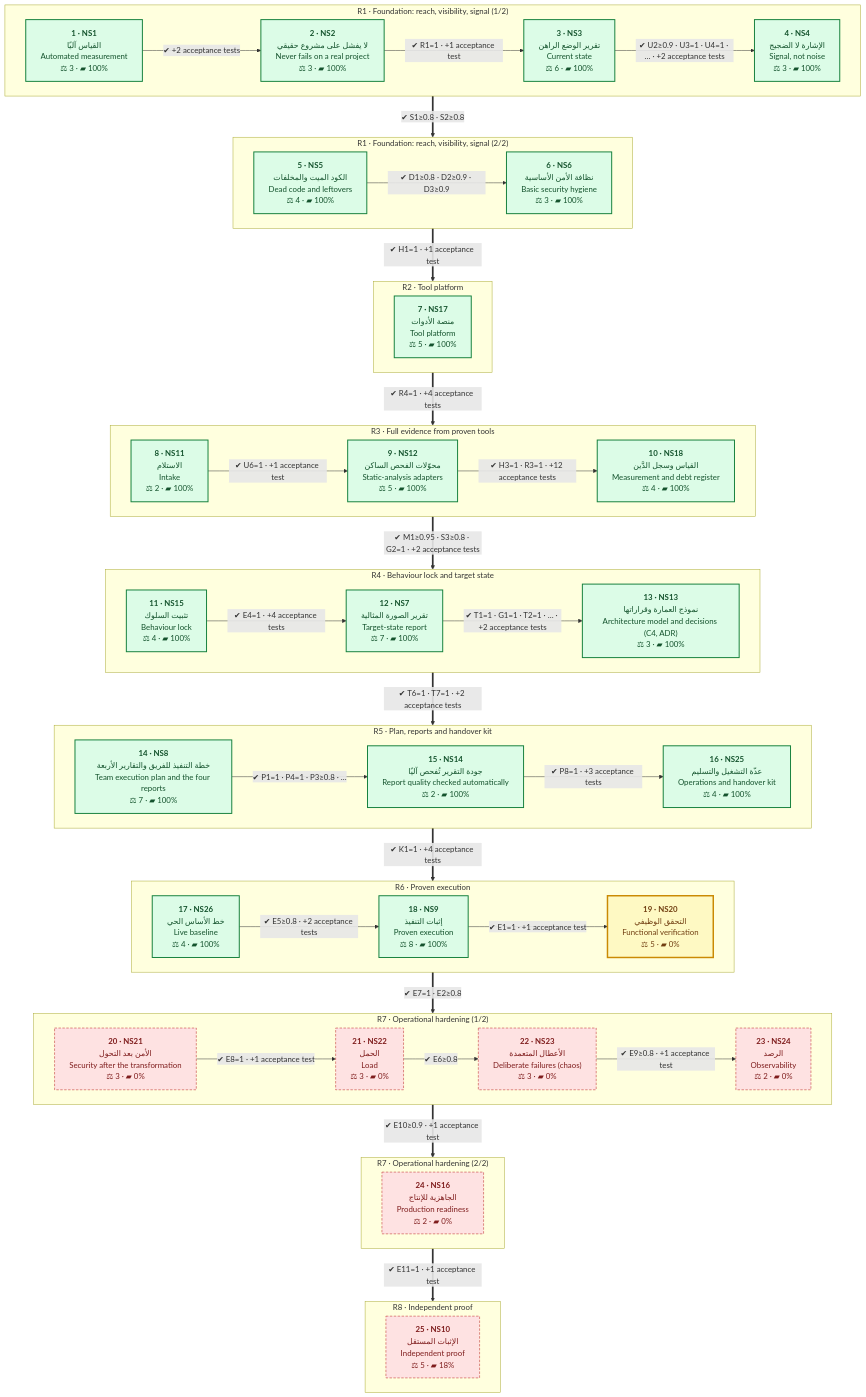
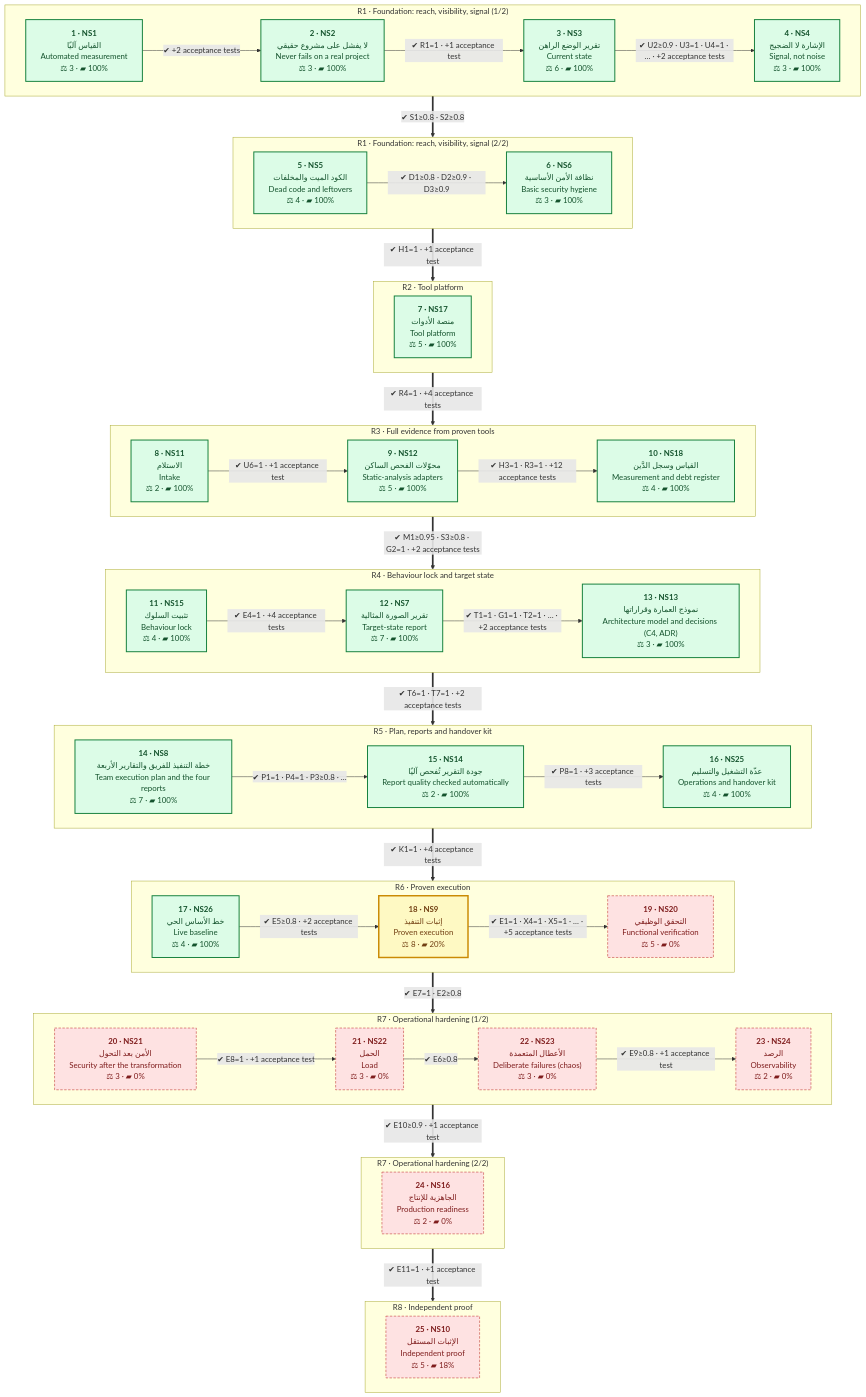
Before and after one commit to eom1417/engineering-audit-os: the second of 2 diagrams in README.en.md, drawn with Mermaid. The commit also changed other lines of this file and 4 other files, not shown here.

```diff
--- a/README.en.md
+++ b/README.en.md
@@ -264,10 +264,10 @@
     subgraph R6_1["R6 · Proven execution"]
         direction LR
         NS26["<b>17 · NS26</b><br/>خط الأساس الحي<br/>Live baseline<br/>⚖ 4 · ▰ 100%"]:::done
-        NS9["<b>18 · NS9</b><br/>إثبات التنفيذ<br/>Proven execution<br/>⚖ 8 · ▰ 100%"]:::done
-        NS20["<b>19 · NS20</b><br/>التحقق الوظيفي<br/>Functional verification<br/>⚖ 5 · ▰ 0%"]:::current
+        NS9["<b>18 · NS9</b><br/>إثبات التنفيذ<br/>Proven execution<br/>⚖ 8 · ▰ 20%"]:::current
+        NS20["<b>19 · NS20</b><br/>التحقق الوظيفي<br/>Functional verification<br/>⚖ 5 · ▰ 0%"]:::owner
         NS26 -->|"✔ E5≥0.8 · +2 acceptance tests"| NS9
-        NS9 -->|"✔ E1=1 · +1 acceptance test"| NS20
+        NS9 -->|"✔ E1=1 · X4=1 · X5=1 · … · +5 acceptance tests"| NS20
     end
     subgraph R7_1["R7 · Operational hardening (1/2)"]
         direction LR
```
